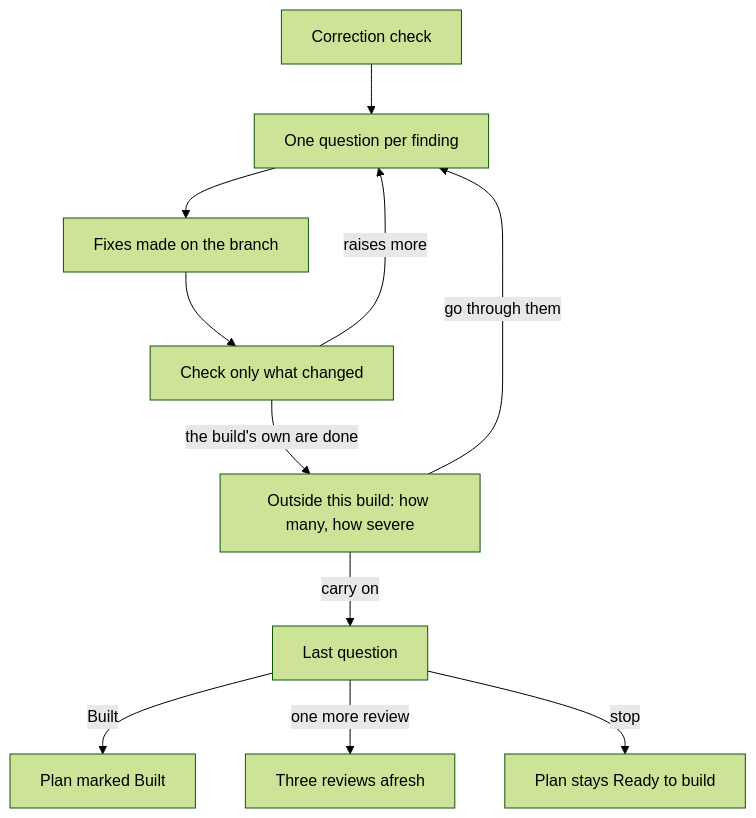
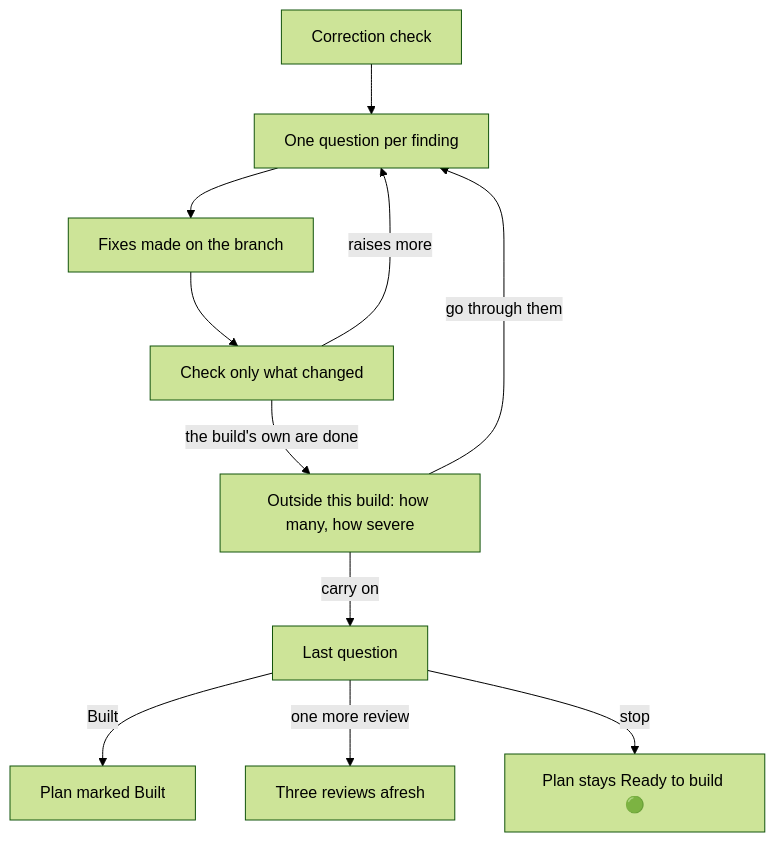
The second of 2 diagrams in docs/skills/build.md (michaelmarconi/agentic-engineering), drawn with Mermaid (forest theme) before and after one commit. The commit also changed 3 other files, not shown here.

````diff
--- a/docs/skills/build.md
+++ b/docs/skills/build.md
@@ -224,13 +224,13 @@
 ```mermaid
 flowchart TD
     Check[Correction check] --> Ask[One question per finding]
     Ask --> Fix[Fixes made on the branch]
     Fix --> Recheck[Check only what changed]
     Recheck -->|raises more| Ask
     Recheck -->|the build's own are done| Summary[Outside this build: how many, how severe]
     Summary -->|go through them| Ask
     Summary -->|carry on| Last[Last question]
     Last -->|Built| Built[Plan marked Built]
     Last -->|one more review| Reviews[Three reviews afresh]
-    Last -->|stop| Ready[Plan stays Ready to build]
+    Last -->|stop| Ready["Plan stays Ready to build 🟢"]
 ```
````
